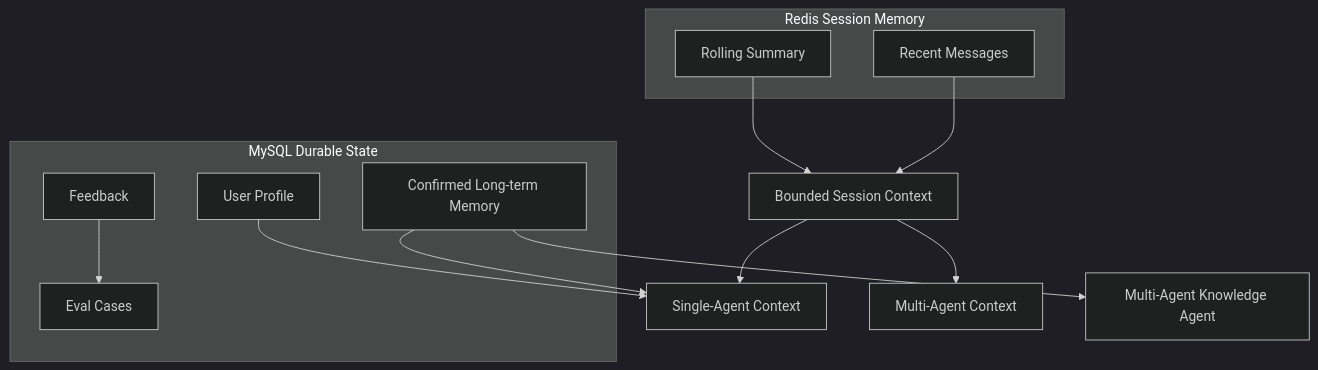
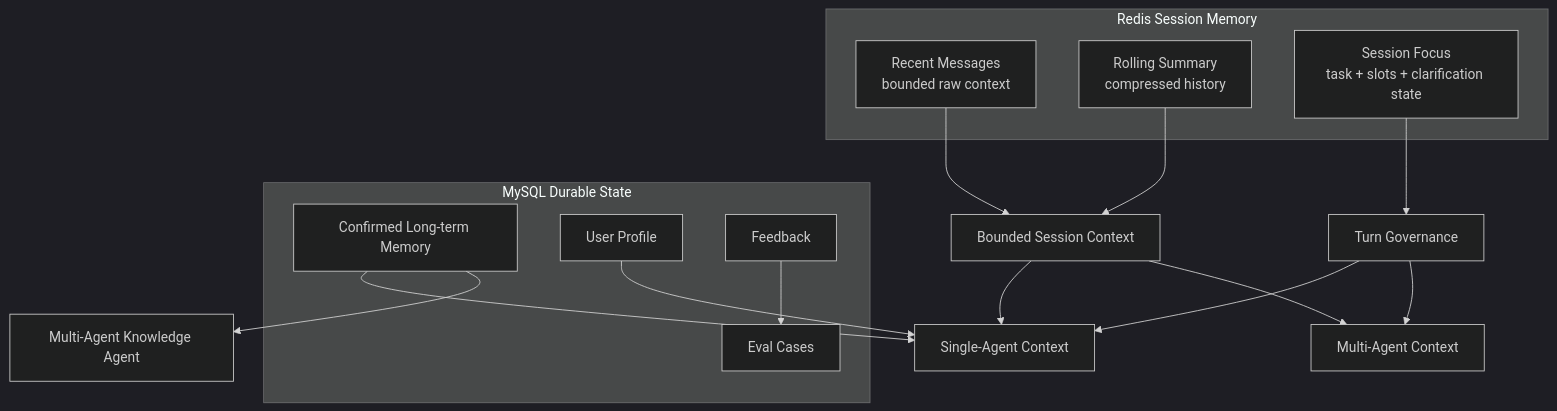
One commit to jiawei-wang-dev/WatchOps-Lite changed the sixth of 9 diagrams in README.md. Above: the diagram before and after it, drawn with Mermaid (dark theme). The commit also changed other lines of this file, not shown here.

````diff
--- a/README.md
+++ b/README.md
@@ -364,26 +384,30 @@
 ```mermaid
 flowchart TB
     subgraph RedisMemory["Redis Session Memory"]
-        RM["Recent Messages"]
-        RS["Rolling Summary"]
+        RM["Recent Messages<br/>bounded raw context"]
+        RS["Rolling Summary<br/>compressed history"]
+        SF["Session Focus<br/>task + slots + clarification state"]
     end
 
     subgraph MySQLState["MySQL Durable State"]
         LM["Confirmed Long-term Memory"]
         PF["User Profile"]
         FB["Feedback"]
         EV["Eval Cases"]
     end
 
     RM --> SC["Bounded Session Context"]
     RS --> SC
+    SF --> GOV["Turn Governance"]
 
     SC --> SA["Single-Agent Context"]
+    GOV --> SA
     LM --> SA
     PF --> SA
 
     SC --> MA["Multi-Agent Context"]
+    GOV --> MA
     LM --> KA["Multi-Agent Knowledge Agent"]
 
     FB --> EV
 ```
````
